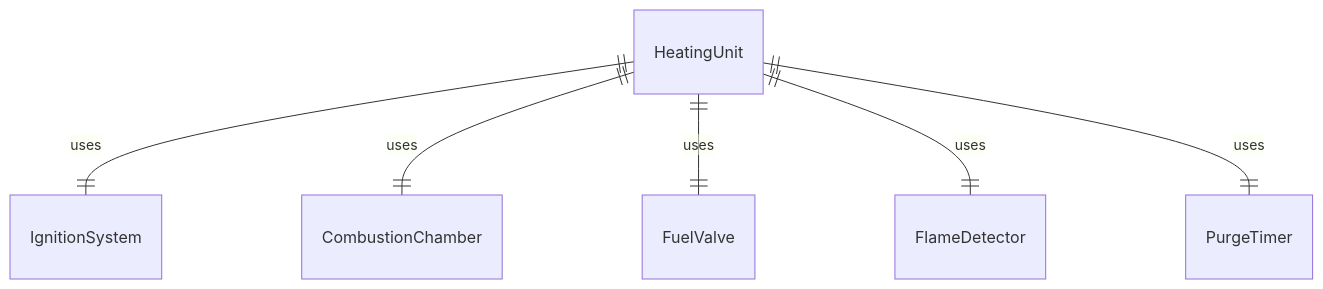
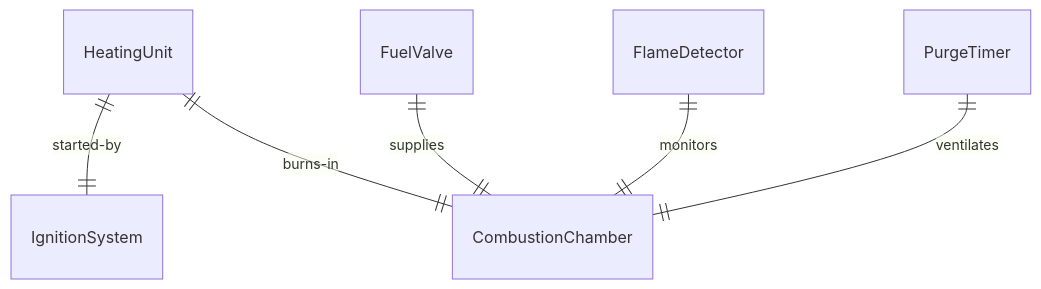
Before and after one commit to dot-org-ai/tasks.org.ai: the first of 4 diagrams in HandlingAndMovingObjects/PrepareIndustrialMaterialsForProcessingOrUse/IgniteFuelActivateHeatingEquipment.mdx, drawn with Mermaid. The commit also changed other lines of this file and 515 other files, not shown here.

````diff
--- a/HandlingAndMovingObjects/PrepareIndustrialMaterialsForProcessingOrUse/IgniteFuelActivateHeatingEquipment.mdx
+++ b/HandlingAndMovingObjects/PrepareIndustrialMaterialsForProcessingOrUse/IgniteFuelActivateHeatingEquipment.mdx
@@ -88,8 +88,8 @@
 ```mermaid
 erDiagram
-    HeatingUnit ||--|| IgnitionSystem : "uses"
-    HeatingUnit ||--|| CombustionChamber : "uses"
-    HeatingUnit ||--|| FuelValve : "uses"
-    HeatingUnit ||--|| FlameDetector : "uses"
-    HeatingUnit ||--|| PurgeTimer : "uses"
+    HeatingUnit ||--|| IgnitionSystem : "started-by"
+    HeatingUnit ||--|| CombustionChamber : "burns-in"
+    FuelValve ||--|| CombustionChamber : "supplies"
+    FlameDetector ||--|| CombustionChamber : "monitors"
+    PurgeTimer ||--|| CombustionChamber : "ventilates"
 ```
````
